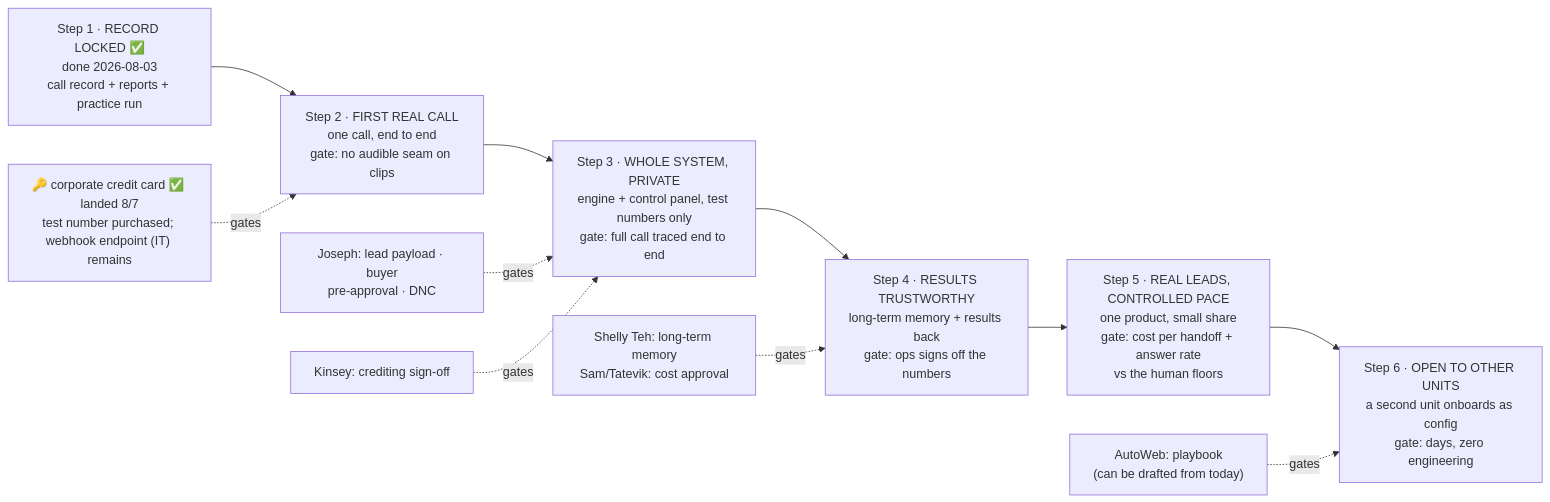
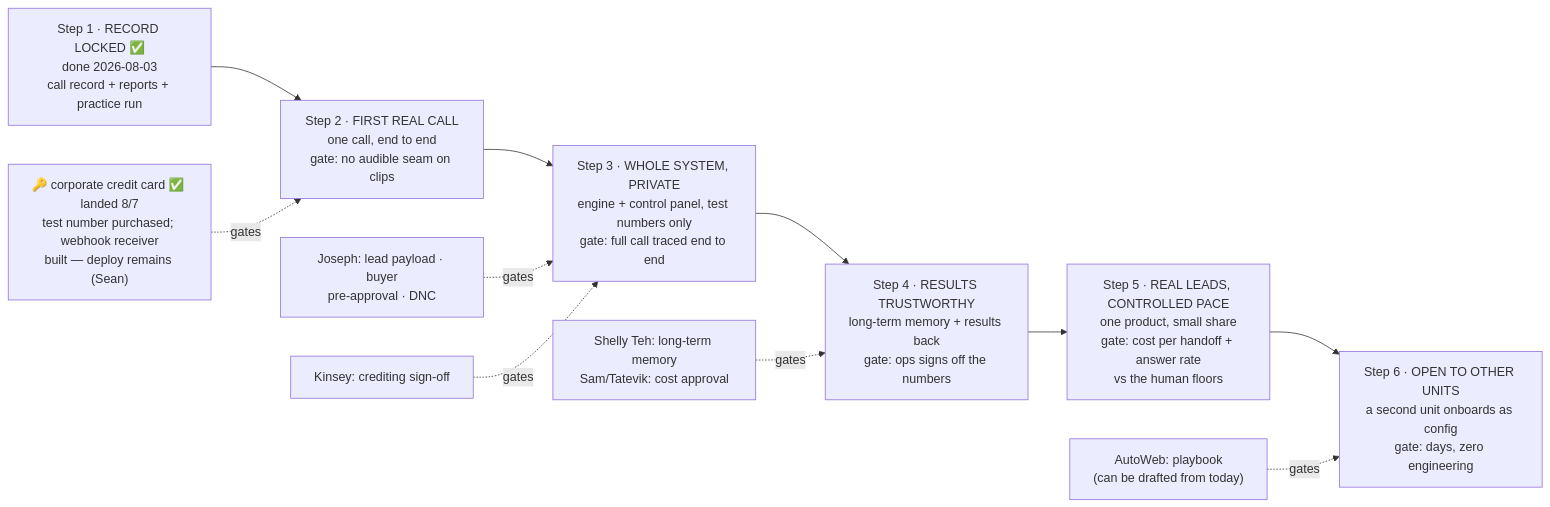
The diagram in docs/roadmap.md (piermadsen-blcalls/fivestrata-dialer), drawn with Mermaid before and after one commit. The commit also changed other lines of this file and 4 other files, not shown here.

Commit message:
Webhook receiver as Supabase Edge Function: Ed25519 verify -> call_events insert (mirrors recordCallEvent), replay window, verify_jwt off; deploy runbook for Sean. Closes the IT dependency on step 2

````diff
--- a/docs/roadmap.md
+++ b/docs/roadmap.md
@@ -23,16 +24,16 @@
 ```mermaid
 flowchart LR
   M0["Step 1 · RECORD LOCKED ✅<br/>done 2026-08-03<br/>call record + reports + practice run"]
   M1["Step 2 · FIRST REAL CALL<br/>one call, end to end<br/>gate: no audible seam on clips"]
   M2["Step 3 · WHOLE SYSTEM, PRIVATE<br/>engine + control panel, test numbers only<br/>gate: full call traced end to end"]
   M3["Step 4 · RESULTS TRUSTWORTHY<br/>long-term memory + results back<br/>gate: ops signs off the numbers"]
   M4["Step 5 · REAL LEADS, CONTROLLED PACE<br/>one product, small share<br/>gate: cost per handoff + answer rate<br/>vs the human floors"]
   M5["Step 6 · OPEN TO OTHER UNITS<br/>a second unit onboards as config<br/>gate: days, zero engineering"]
 
   M0 --> M1 --> M2 --> M3 --> M4 --> M5
-  CARD["🔑 corporate credit card ✅ landed 8/7<br/>test number purchased; webhook endpoint (IT) remains"] -.gates.-> M1
+  CARD["🔑 corporate credit card ✅ landed 8/7<br/>test number purchased; webhook receiver<br/>built — deploy remains (Sean)"] -.gates.-> M1
   JOS["Joseph: lead payload · buyer<br/>pre-approval · DNC"] -.gates.-> M2
   KIN["Kinsey: crediting sign-off"] -.gates.-> M2
   SNOW["Shelly Teh: long-term memory<br/>Sam/Tatevik: cost approval"] -.gates.-> M3
   AW["AutoWeb: playbook<br/>(can be drafted from today)"] -.gates.-> M5
 ```
````
